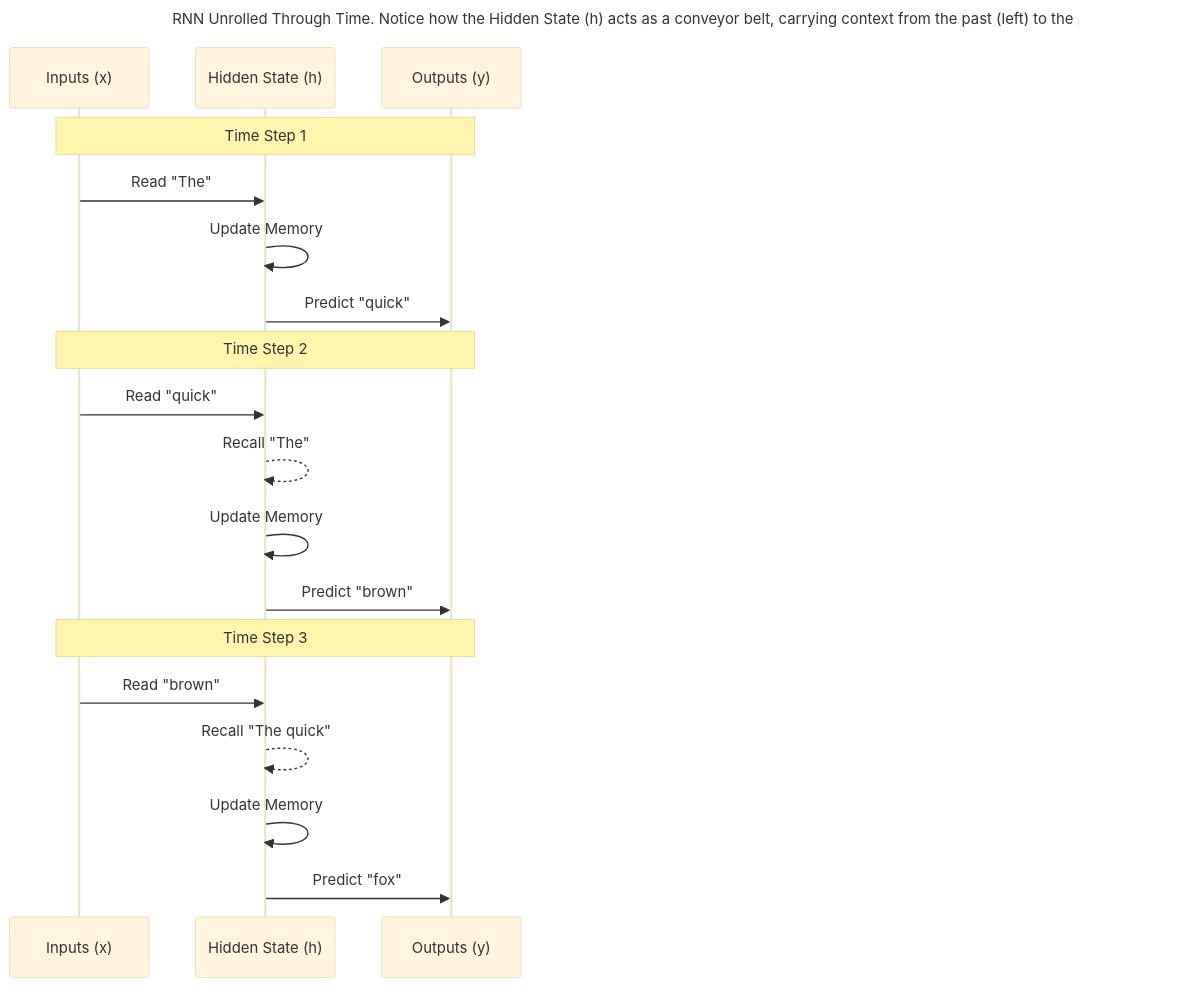
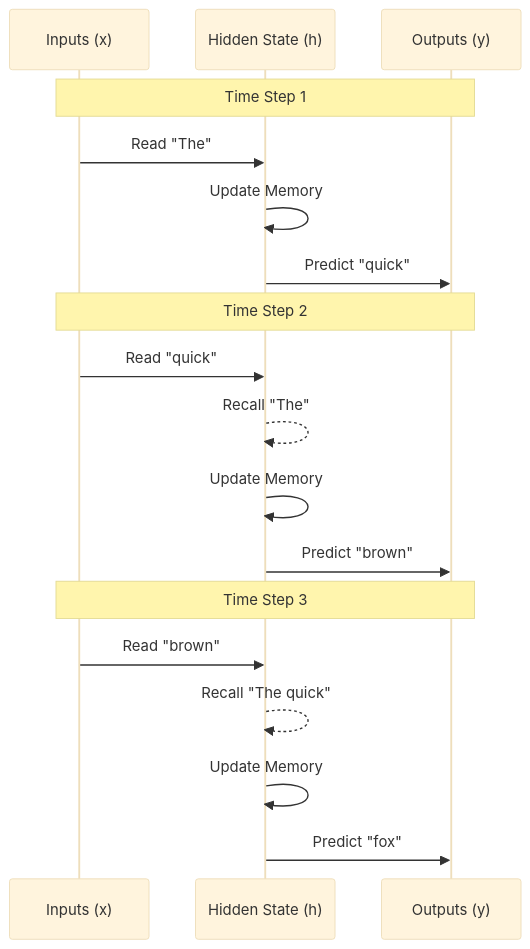
One commit to iamulya/iamulya.github.io changed the second of 5 diagrams in _posts/2026-02-14-the-pre-generative-era.md. Above: the diagram before and after it, drawn with Mermaid (base theme). The commit also changed other lines of this file and 68 other files, not shown here.

````diff
--- a/_posts/2026-02-14-the-pre-generative-era.md
+++ b/_posts/2026-02-14-the-pre-generative-era.md
@@ -75,26 +76,23 @@
 ```mermaid
----
-title: RNN Unrolled Through Time. Notice how the Hidden State (h) acts as a conveyor belt, carrying context from the past (left) to the present (right).
----
 sequenceDiagram
     participant Input as Inputs (x)
     participant Hidden as Hidden State (h)
     participant Output as Outputs (y)
 
     Note over Input, Output: Time Step 1
     Input->>Hidden: Read "The"
     Hidden->>Hidden: Update Memory
     Hidden->>Output: Predict "quick"
 
     Note over Input, Output: Time Step 2
     Input->>Hidden: Read "quick"
     Hidden-->>Hidden: Recall "The"
     Hidden->>Hidden: Update Memory
     Hidden->>Output: Predict "brown"
 
     Note over Input, Output: Time Step 3
     Input->>Hidden: Read "brown"
     Hidden-->>Hidden: Recall "The quick"
     Hidden->>Hidden: Update Memory
     Hidden->>Output: Predict "fox"
 ```
````
